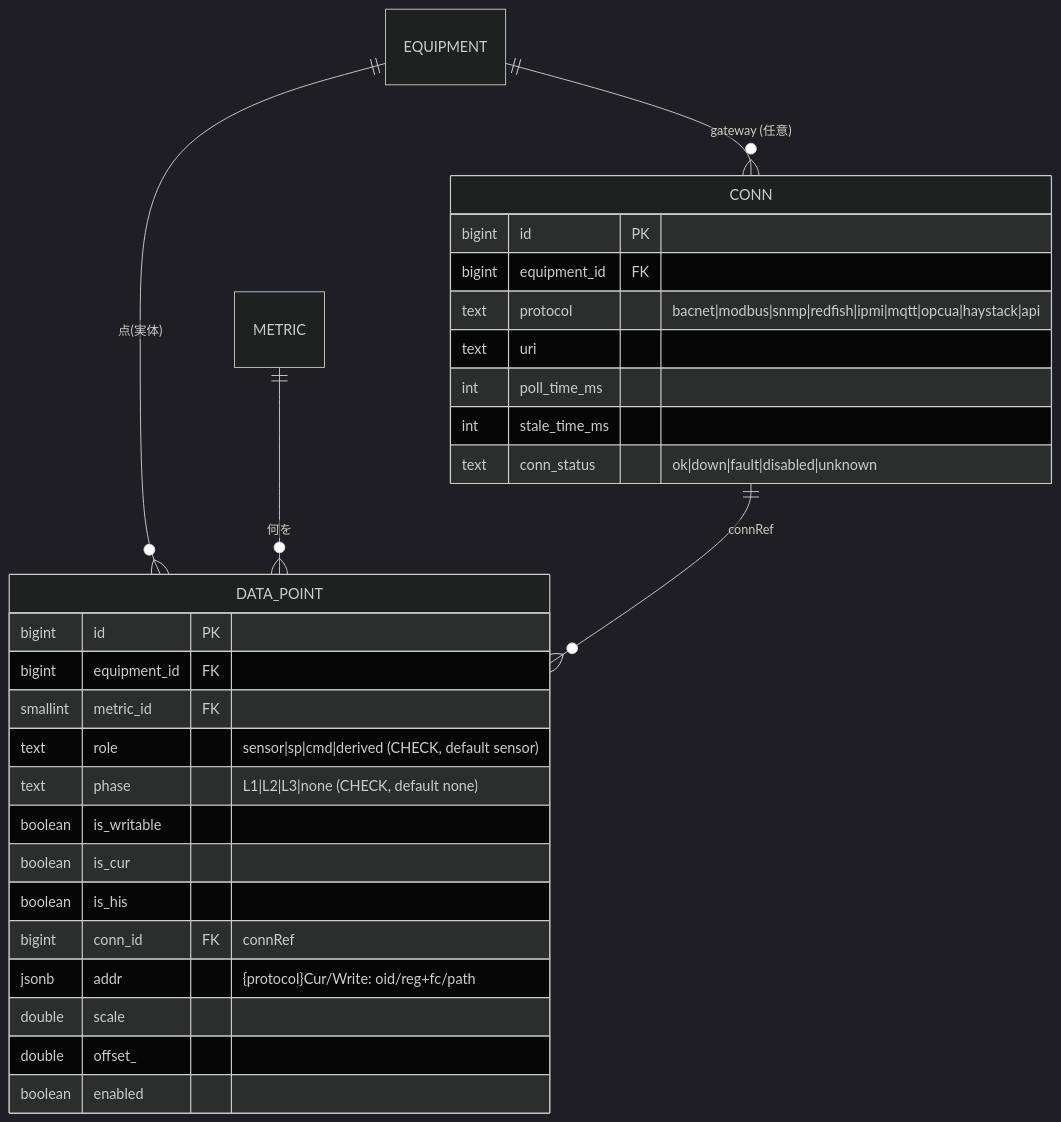
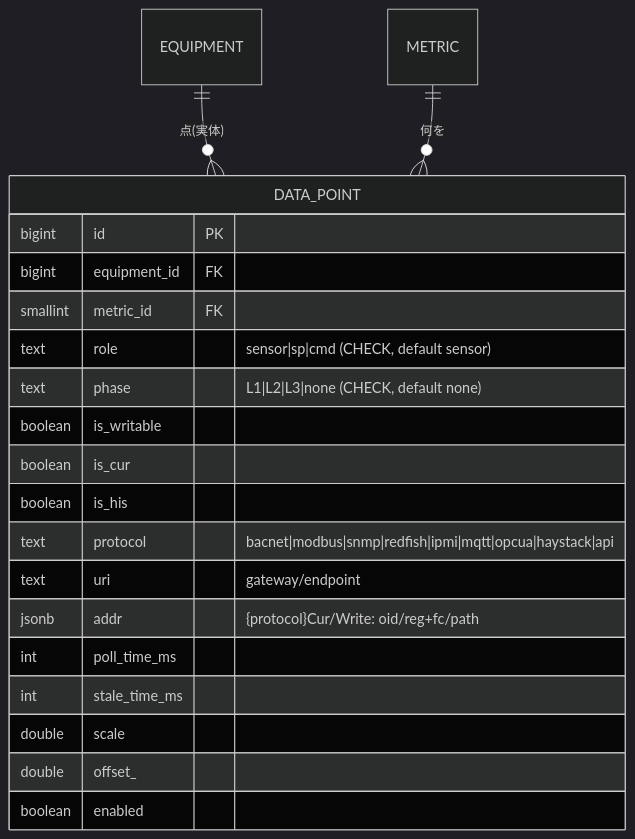
One commit to hn-11/dcim-schema-design changed the fifth of 9 diagrams in 03-finalists.md. Above: the diagram before and after it, drawn with Mermaid (dark theme). The commit also changed other lines of this file and 13 other files, not shown here.

````diff
--- a/03-finalists.md
+++ b/03-finalists.md
@@ -216,32 +283,24 @@
 ```mermaid
 erDiagram
-    EQUIPMENT ||--o{ CONN : "gateway (任意)"
     EQUIPMENT ||--o{ DATA_POINT : "点(実体)"
     METRIC ||--o{ DATA_POINT : "何を"
-    CONN ||--o{ DATA_POINT : "connRef"
 
-    CONN {
-        bigint id PK
-        bigint equipment_id FK
-        text protocol "bacnet|modbus|snmp|redfish|ipmi|mqtt|opcua|haystack|api"
-        text uri
-        int poll_time_ms
-        int stale_time_ms
-        text conn_status "ok|down|fault|disabled|unknown"
-    }
     DATA_POINT {
         bigint id PK
         bigint equipment_id FK
         smallint metric_id FK
-        text role "sensor|sp|cmd|derived (CHECK, default sensor)"
+        text role "sensor|sp|cmd (CHECK, default sensor)"
         text phase "L1|L2|L3|none (CHECK, default none)"
         boolean is_writable
         boolean is_cur
         boolean is_his
-        bigint conn_id FK "connRef"
+        text protocol "bacnet|modbus|snmp|redfish|ipmi|mqtt|opcua|haystack|api"
+        text uri "gateway/endpoint"
         jsonb addr "{protocol}Cur/Write: oid/reg+fc/path"
+        int poll_time_ms
+        int stale_time_ms
         double scale
         double offset_
         boolean enabled
     }
 ```
````
